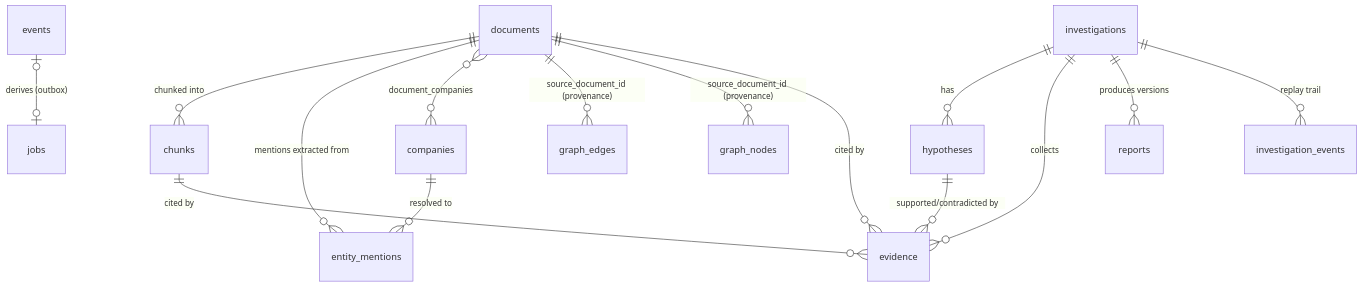
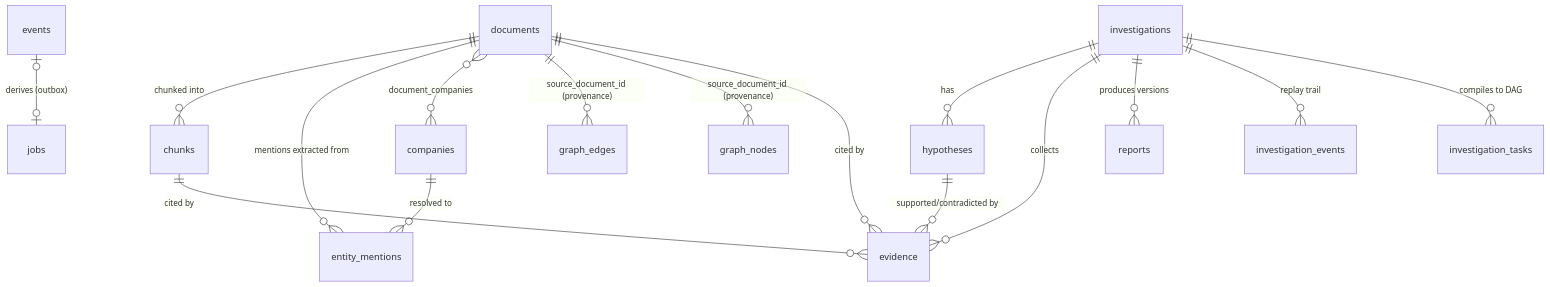
The diagram in docs/DOMAIN_MODEL.md (Sri-Krishna-V/argus), drawn with Mermaid before and after one commit. The commit also changed other lines of this file and 6 other files, not shown here.

````diff
--- a/docs/DOMAIN_MODEL.md
+++ b/docs/DOMAIN_MODEL.md
@@ -10,17 +10,18 @@
 ```mermaid
 erDiagram
     documents ||--o{ chunks : "chunked into"
     documents ||--o{ entity_mentions : "mentions extracted from"
     documents }o--o{ companies : "document_companies"
     companies ||--o{ entity_mentions : "resolved to"
     documents ||--o{ graph_edges : "source_document_id (provenance)"
     documents ||--o{ graph_nodes : "source_document_id (provenance)"
     chunks ||--o{ evidence : "cited by"
     documents ||--o{ evidence : "cited by"
     events |o--o| jobs : "derives (outbox)"
     investigations ||--o{ hypotheses : "has"
     investigations ||--o{ evidence : "collects"
     investigations ||--o{ reports : "produces versions"
     investigations ||--o{ investigation_events : "replay trail"
+    investigations ||--o{ investigation_tasks : "compiles to DAG"
     hypotheses ||--o{ evidence : "supported/contradicted by"
 ```
````
